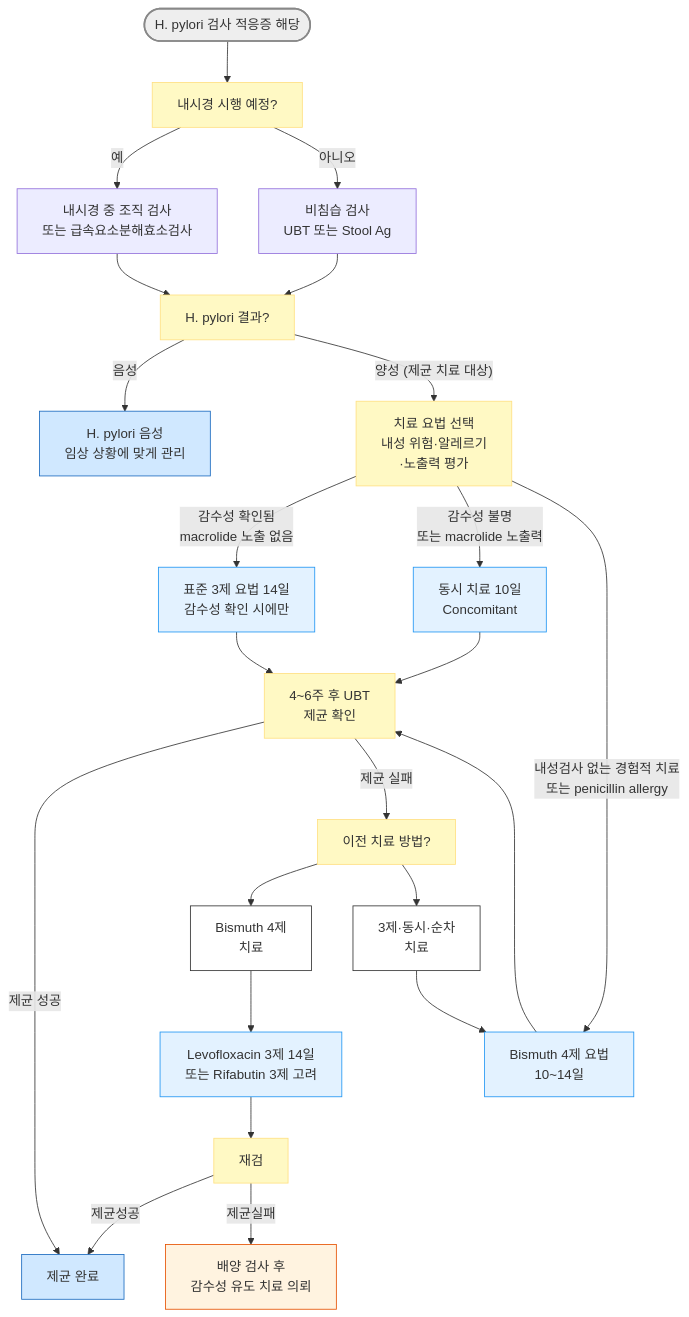
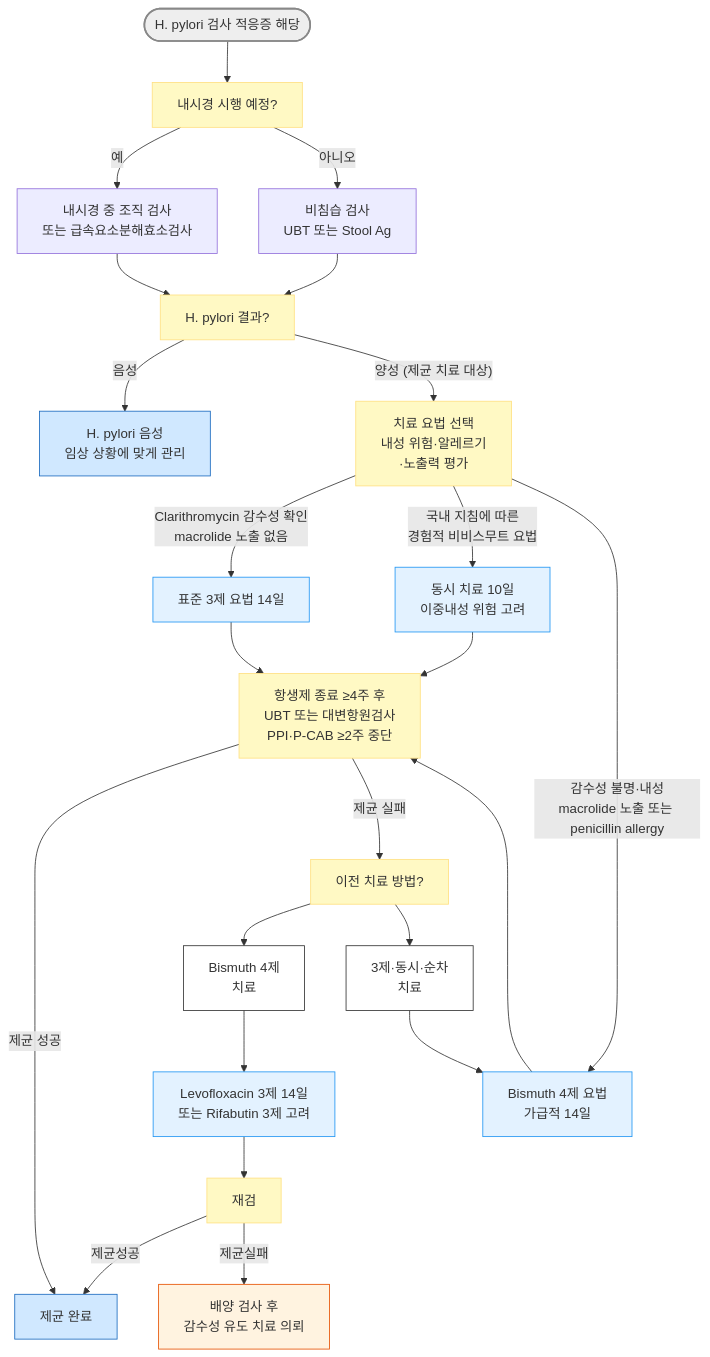
Before and after one commit to familyoh77/familyoh77: the diagram in 224_/080_-helicobacter-pylori-infection.md, drawn with Mermaid. The commit also changed other lines of this file and 15 other files, not shown here.

````diff
--- a/224_/080_-helicobacter-pylori-infection.md
+++ b/224_/080_-helicobacter-pylori-infection.md
@@ -93,34 +94,34 @@
 ```mermaid
 flowchart TD
     A([H. pylori 검사 적응증 해당]) --> B[내시경 시행 예정?]
     B -- 예 --> C[내시경 중 조직 검사<br/>또는 급속요소분해효소검사]
     B -- 아니오 --> D[비침습 검사<br/>UBT 또는 Stool Ag]
     C --> E[H. pylori 결과?]
     D --> E
     E -- 음성 --> F[H. pylori 음성<br/>임상 상황에 맞게 관리]
     E -- 양성 (제균 치료 대상) --> H[치료 요법 선택<br/>내성 위험·알레르기<br/>·노출력 평가]
-    H -- 감수성 확인됨<br/>macrolide 노출 없음 --> I[표준 3제 요법 14일<br/>감수성 확인 시에만]
-    H -- 감수성 불명<br/>또는 macrolide 노출력 --> J[동시 치료 10일<br/>Concomitant]
-    H -- 내성검사 없는 경험적 치료 <br/>또는 penicillin allergy --> K[Bismuth 4제 요법<br/>10~14일]
-    I --> L[4~6주 후 UBT<br/>제균 확인]
+    H -- Clarithromycin 감수성 확인<br/>macrolide 노출 없음 --> I[표준 3제 요법 14일]
+    H -- 국내 지침에 따른<br/>경험적 비비스무트 요법 --> J[동시 치료 10일<br/>이중내성 위험 고려]
+    H -- 감수성 불명·내성<br/>macrolide 노출 또는 penicillin allergy --> K[Bismuth 4제 요법<br/>가급적 14일]
+    I --> L[항생제 종료 ≥4주 후<br/>UBT 또는 대변항원검사<br/>PPI·P-CAB ≥2주 중단]
     J --> L
     K --> L
     L -- 제균 성공 --> M[제균 완료]
     L -- 제균 실패 --> N[이전 치료 방법?]
     N --> S["Bismuth 4제 <br/>치료"] --> O[Levofloxacin 3제 14일<br/>또는 Rifabutin 3제 고려]
     N --> T["3제·동시·순차<br/>치료"] --> K
     O --> P[재검]
     P -- 제균성공 --> M[제균 완료]
     P -- 제균실패 --> Q[배양 검사 후<br/>감수성 유도 치료 의뢰]
 
 style A fill:#eeeeee,stroke:#888888,stroke-width:2px
 classDef yellow fill:#fff9c4,stroke:#ffe082
 class B,E,H,L,N,P yellow
 classDef sky fill:#e3f2ff,stroke:#2196f3
 class I,J,K,O sky
 classDef white fill:#fff,stroke:#333
 class S,T white
 classDef blue fill:#d0e8ff,stroke:#1a6abf
 class F,M blue
 style Q fill:#fff3e0,stroke:#e65100,stroke-width:1px
 ```
````
